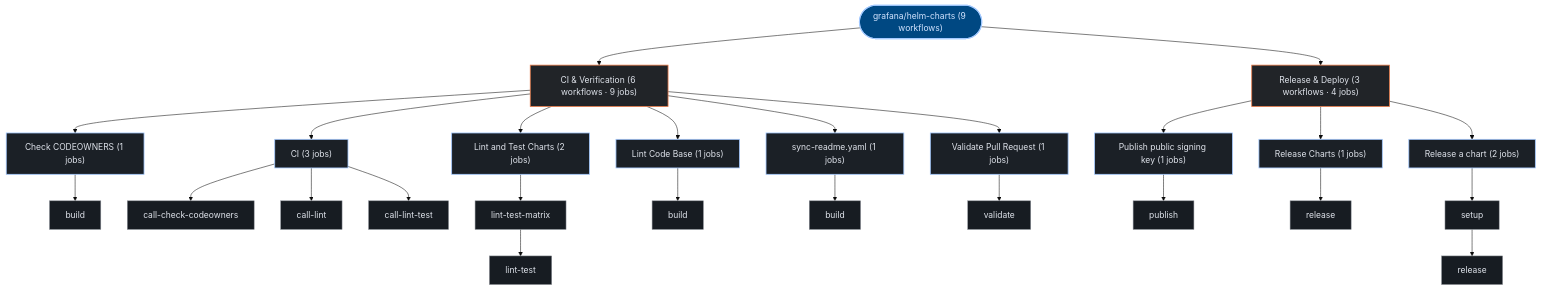
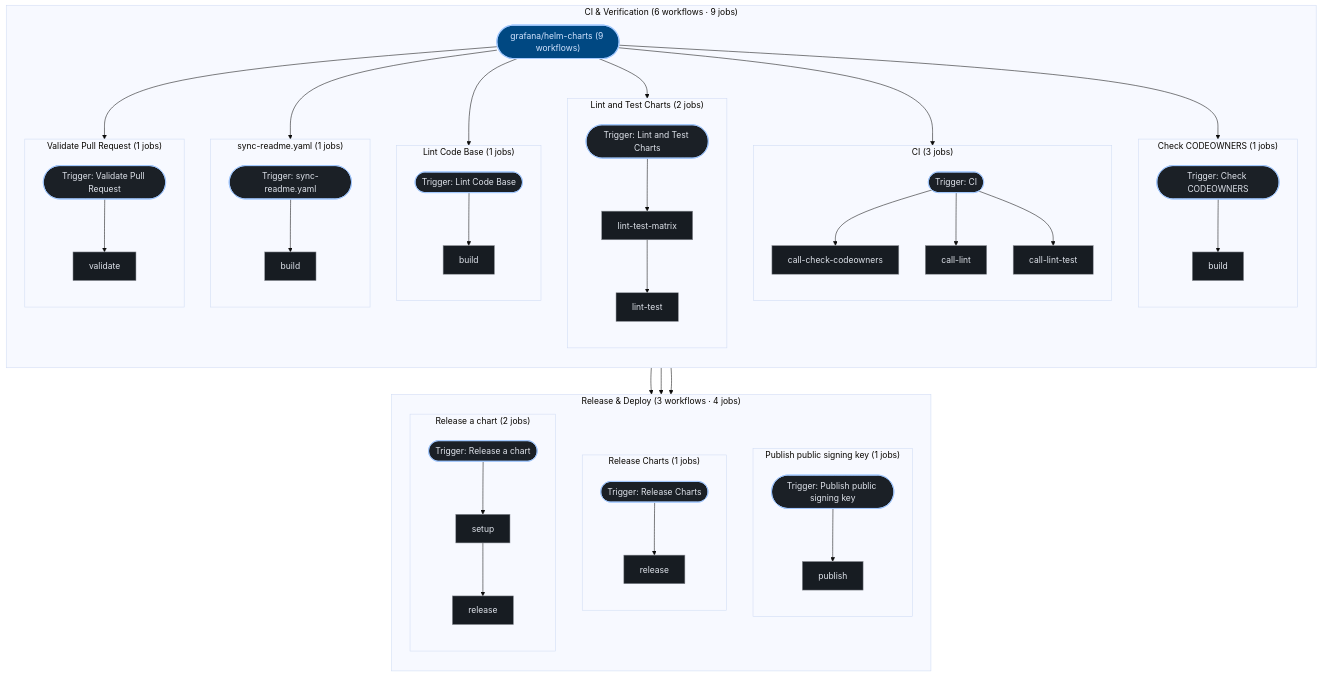
One commit to kumarshaz/atruss-code-atlas changed the third of 3 diagrams in exports/latest/reports/grafana-helm-charts-report.md. Above: the diagram before and after it, drawn with Mermaid (base theme). The commit also changed 181 other files, not shown here.

````diff
--- a/exports/latest/reports/grafana-helm-charts-report.md
+++ b/exports/latest/reports/grafana-helm-charts-report.md
@@ -239,52 +239,81 @@
   classDef atlasAlert fill:#93000a,stroke:#ffb4ab,stroke-width:1.5px,color:#ffdad6
   classDef atlasMore fill:#252a31,stroke:#8d9199,stroke-dasharray:4 4,color:#c3c6cf
   pipeline_root(["grafana/helm-charts (9 workflows)"]):::atlasRoot
-  grp_0_CI___Verification["CI & Verification (6 workflows · 9 jobs)"]:::atlasCategory
-  pipeline_root --> grp_0_CI___Verification
-  wf_0_Check_CODEOWNERS["Check CODEOWNERS (1 jobs)"]:::atlasWorkflow
-  grp_0_CI___Verification --> wf_0_Check_CODEOWNERS
-  job_0_build["build"]:::atlasJob
-  wf_0_Check_CODEOWNERS --> job_0_build
-  wf_1_CI["CI (3 jobs)"]:::atlasWorkflow
-  grp_0_CI___Verification --> wf_1_CI
-  job_1_call_check_codeowners["call-check-codeowners"]:::atlasJob
-  job_1_call_lint["call-lint"]:::atlasJob
-  job_1_call_lint_test["call-lint-test"]:::atlasJob
-  wf_1_CI --> job_1_call_check_codeowners
-  wf_1_CI --> job_1_call_lint
-  wf_1_CI --> job_1_call_lint_test
-  wf_2_Lint_and_Test_Charts["Lint and Test Charts (2 jobs)"]:::atlasWorkflow
-  grp_0_CI___Verification --> wf_2_Lint_and_Test_Charts
-  job_2_lint_test_matrix["lint-test-matrix"]:::atlasJob
-  job_2_lint_test["lint-test"]:::atlasJob
-  wf_2_Lint_and_Test_Charts --> job_2_lint_test_matrix
-  job_2_lint_test_matrix --> job_2_lint_test
-  wf_3_Lint_Code_Base["Lint Code Base (1 jobs)"]:::atlasWorkflow
-  grp_0_CI___Verification --> wf_3_Lint_Code_Base
-  job_3_build["build"]:::atlasJob
-  wf_3_Lint_Code_Base --> job_3_build
-  wf_6_sync_readme_yaml["sync-readme.yaml (1 jobs)"]:::atlasWorkflow
-  grp_0_CI___Verification --> wf_6_sync_readme_yaml
-  job_6_build["build"]:::atlasJob
-  wf_6_sync_readme_yaml --> job_6_build
-  wf_8_Validate_Pull_Request["Validate Pull Request (1 jobs)"]:::atlasWorkflow
-  grp_0_CI___Verification --> wf_8_Validate_Pull_Request
-  job_8_validate["validate"]:::atlasJob
-  wf_8_Validate_Pull_Request --> job_8_validate
-  grp_1_Release___Deploy["Release & Deploy (3 workflows · 4 jobs)"]:::atlasCategory
-  pipeline_root --> grp_1_Release___Deploy
-  wf_4_Publish_public_signing_key["Publish public signing key (1 jobs)"]:::atlasWorkflow
-  grp_1_Release___Deploy --> wf_4_Publish_public_signing_key
-  job_4_publish["publish"]:::atlasJob
-  wf_4_Publish_public_signing_key --> job_4_publish
-  wf_5_Release_Charts["Release Charts (1 jobs)"]:::atlasWorkflow
-  grp_1_Release___Deploy --> wf_5_Release_Charts
-  job_5_release["release"]:::atlasJob
-  wf_5_Release_Charts --> job_5_release
-  wf_7_Release_a_chart["Release a chart (2 jobs)"]:::atlasWorkflow
-  grp_1_Release___Deploy --> wf_7_Release_a_chart
-  job_7_setup["setup"]:::atlasJob
-  job_7_release["release"]:::atlasJob
-  wf_7_Release_a_chart --> job_7_setup
-  job_7_setup --> job_7_release
+  subgraph sg_grp_0_CI___Verification["CI & Verification (6 workflows · 9 jobs)"]
+    direction TB
+    subgraph sg_wf_0_Check_CODEOWNERS["Check CODEOWNERS (1 jobs)"]
+      direction TB
+      wf_0_Check_CODEOWNERS(["Trigger: Check CODEOWNERS"]):::atlasWorkflow
+      job_0_build["build"]:::atlasJob
+      wf_0_Check_CODEOWNERS --> job_0_build
+    end
+    pipeline_root --> wf_0_Check_CODEOWNERS
+    subgraph sg_wf_1_CI["CI (3 jobs)"]
+      direction TB
+      wf_1_CI(["Trigger: CI"]):::atlasWorkflow
+      job_1_call_check_codeowners["call-check-codeowners"]:::atlasJob
+      job_1_call_lint["call-lint"]:::atlasJob
+      job_1_call_lint_test["call-lint-test"]:::atlasJob
+      wf_1_CI --> job_1_call_check_codeowners
+      wf_1_CI --> job_1_call_lint
+      wf_1_CI --> job_1_call_lint_test
+    end
+    pipeline_root --> wf_1_CI
+    subgraph sg_wf_2_Lint_and_Test_Charts["Lint and Test Charts (2 jobs)"]
+      direction TB
+      wf_2_Lint_and_Test_Charts(["Trigger: Lint and Test Charts"]):::atlasWorkflow
+      job_2_lint_test_matrix["lint-test-matrix"]:::atlasJob
+      job_2_lint_test["lint-test"]:::atlasJob
+      wf_2_Lint_and_Test_Charts --> job_2_lint_test_matrix
+      job_2_lint_test_matrix --> job_2_lint_test
+    end
+    pipeline_root --> wf_2_Lint_and_Test_Charts
+    subgraph sg_wf_3_Lint_Code_Base["Lint Code Base (1 jobs)"]
+      direction TB
+      wf_3_Lint_Code_Base(["Trigger: Lint Code Base"]):::atlasWorkflow
+      job_3_build["build"]:::atlasJob
+      wf_3_Lint_Code_Base --> job_3_build
+    end
+    pipeline_root --> wf_3_Lint_Code_Base
+    subgraph sg_wf_6_sync_readme_yaml["sync-readme.yaml (1 jobs)"]
+      direction TB
+      wf_6_sync_readme_yaml(["Trigger: sync-readme.yaml"]):::atlasWorkflow
+      job_6_build["build"]:::atlasJob
+      wf_6_sync_readme_yaml --> job_6_build
+    end
+    pipeline_root --> wf_6_sync_readme_yaml
+    subgraph sg_wf_8_Validate_Pull_Request["Validate Pull Request (1 jobs)"]
+      direction TB
+      wf_8_Validate_Pull_Request(["Trigger: Validate Pull Request"]):::atlasWorkflow
+      job_8_validate["validate"]:::atlasJob
+      wf_8_Validate_Pull_Request --> job_8_validate
+    end
+    pipeline_root --> wf_8_Validate_Pull_Request
+  end
+  subgraph sg_grp_1_Release___Deploy["Release & Deploy (3 workflows · 4 jobs)"]
+    direction TB
+    subgraph sg_wf_4_Publish_public_signing_key["Publish public signing key (1 jobs)"]
+      direction TB
+      wf_4_Publish_public_signing_key(["Trigger: Publish public signing key"]):::atlasWorkflow
+      job_4_publish["publish"]:::atlasJob
+      wf_4_Publish_public_signing_key --> job_4_publish
+    end
+    pipeline_root --> wf_4_Publish_public_signing_key
+    subgraph sg_wf_5_Release_Charts["Release Charts (1 jobs)"]
+      direction TB
+      wf_5_Release_Charts(["Trigger: Release Charts"]):::atlasWorkflow
+      job_5_release["release"]:::atlasJob
+      wf_5_Release_Charts --> job_5_release
+    end
+    pipeline_root --> wf_5_Release_Charts
+    subgraph sg_wf_7_Release_a_chart["Release a chart (2 jobs)"]
+      direction TB
+      wf_7_Release_a_chart(["Trigger: Release a chart"]):::atlasWorkflow
+      job_7_setup["setup"]:::atlasJob
+      job_7_release["release"]:::atlasJob
+      wf_7_Release_a_chart --> job_7_setup
+      job_7_setup --> job_7_release
+    end
+    pipeline_root --> wf_7_Release_a_chart
+  end
 ```
````
